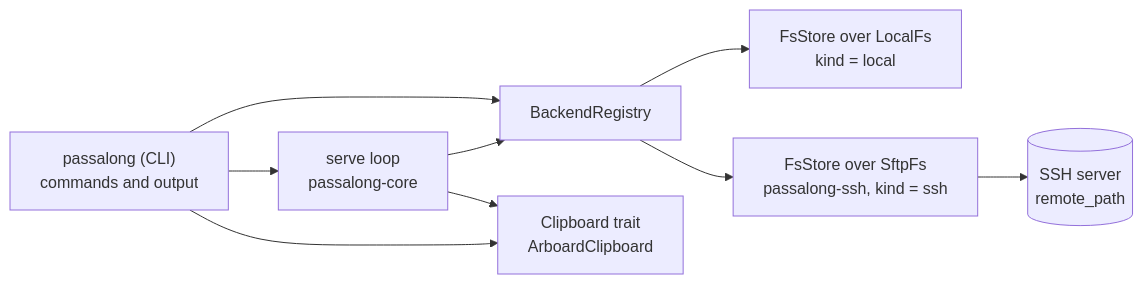
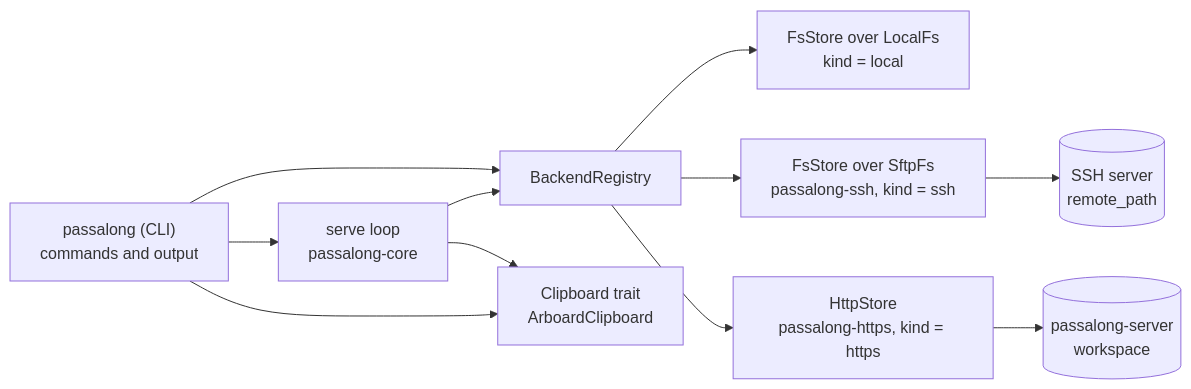
Before and after one commit to joelee/passalong: the diagram in docs/architecture.md, drawn with Mermaid. The commit also changed other lines of this file and 13 other files, not shown here.

````diff
--- a/docs/architecture.md
+++ b/docs/architecture.md
@@ -15,11 +16,13 @@
 ```mermaid
 flowchart LR
   CLI["passalong (CLI)<br/>commands and output"] --> REG["BackendRegistry"]
   CLI --> SERVE["serve loop<br/>passalong-core"]
   SERVE --> REG
   CLI --> CLIP["Clipboard trait<br/>ArboardClipboard"]
   SERVE --> CLIP
   REG --> LOCAL["FsStore over LocalFs<br/>kind = local"]
   REG --> SSH["FsStore over SftpFs<br/>passalong-ssh, kind = ssh"]
   SSH --> SERVER[("SSH server<br/>remote_path")]
+  REG --> HTTPS["HttpStore<br/>passalong-https, kind = https"]
+  HTTPS --> PSERVER[("passalong-server<br/>workspace")]
 ```
````
